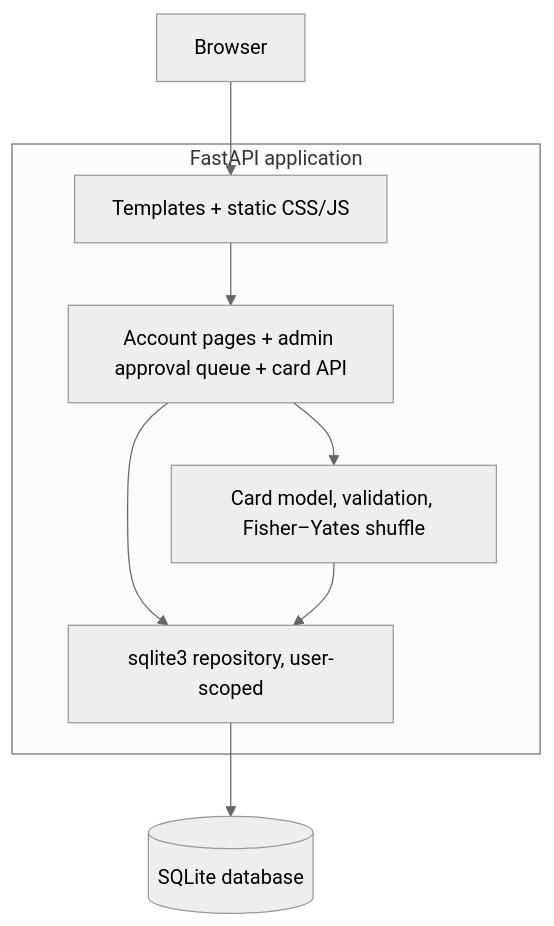
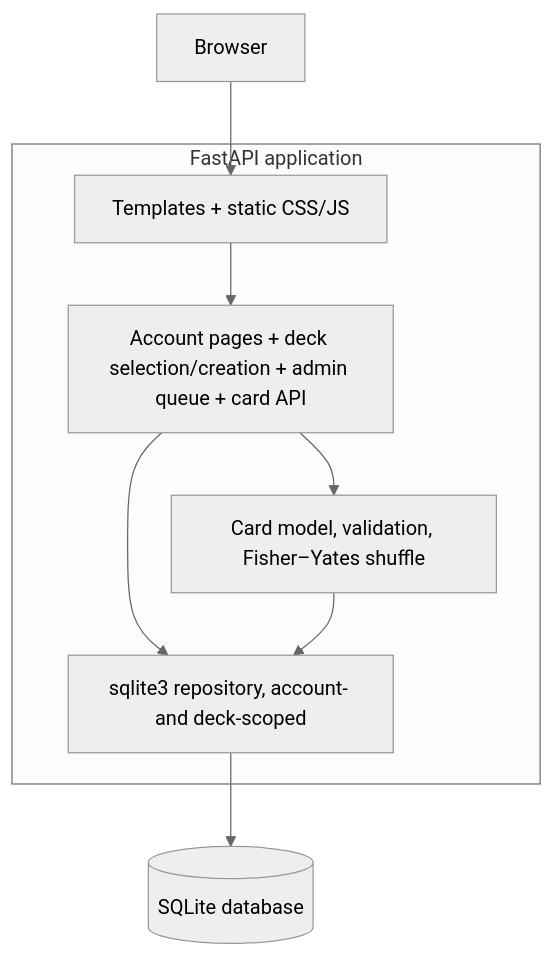
The diagram in docs/architecture.md (DarioTek/virtual-index-card), drawn with Mermaid (neutral theme) before and after one commit. The commit also changed other lines of this file and 14 other files, not shown here.

````diff
--- a/docs/architecture.md
+++ b/docs/architecture.md
@@ -11,17 +11,17 @@
 ```mermaid
 flowchart TB
     Browser[Browser]
     subgraph App[FastAPI application]
         UI[Templates + static CSS/JS]
-        Routes[Account pages + admin approval queue + card API]
+        Routes[Account pages + deck selection/creation + admin queue + card API]
         Domain[Card model, validation, Fisher–Yates shuffle]
-        Repo[sqlite3 repository, user-scoped]
+        Repo[sqlite3 repository, account- and deck-scoped]
     end
     DB[(SQLite database)]
     Browser --> UI
     UI --> Routes
     Routes --> Domain
     Routes --> Repo
     Domain --> Repo
     Repo --> DB
 ```
````
